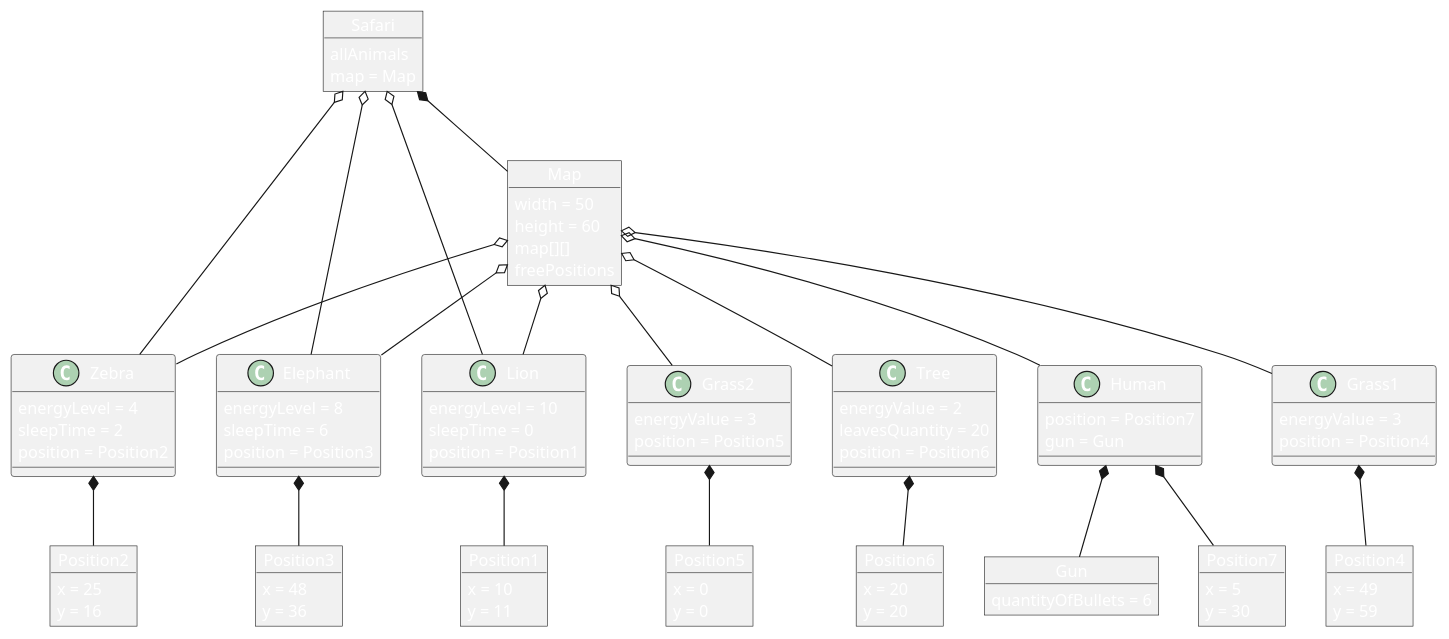
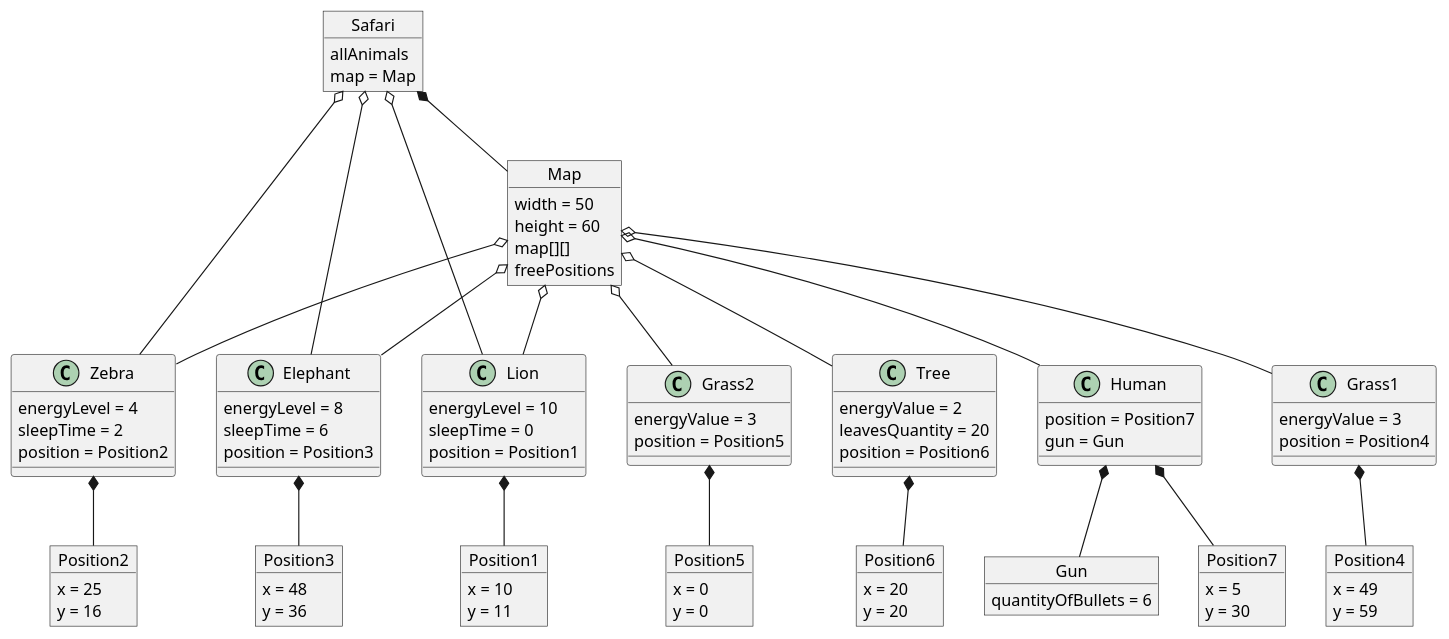
Before and after one commit to Karolina606/Safari: the diagram in doc/diagrams/puml/objectDiagram.puml, drawn with PlantUML. The commit also changed 154 other files, not shown here.

```diff
--- a/doc/diagrams/puml/objectDiagram.puml
+++ b/doc/diagrams/puml/objectDiagram.puml
@@ -1,118 +1,117 @@
 @startuml
-skinparam defaultFontColor white
 
 object Safari{
     allAnimals
     map = Map
 }
 
 object Map{
     width = 50
     height = 60
     map[][]
     freePositions
 }
 
 Safari *-- Map
 Safari o-- Zebra
 Safari o-- Elephant
 Safari o-- Lion
 
 
 Map o-- Zebra
 Map o-- Elephant
 Map o-- Lion
 Map o-- Grass1
 Map o-- Grass2
 Map o-- Tree
 Map o-- Human
 
 
 object Lion{
     energyLevel = 10
     sleepTime = 0
     position = Position1
 }
 object Position1{
     x = 10
     y = 11
 }
 Lion *-- Position1
 
 
 
 object Zebra{
     energyLevel = 4
     sleepTime = 2
     position = Position2
 }
 object Position2{
     x = 25
     y = 16
 }
 Zebra *-- Position2
 
 
 object Elephant{
     energyLevel = 8
     sleepTime = 6
     position = Position3
 }
 object Position3{
     x = 48
     y = 36
 }
 Elephant *-- Position3
 
 
 object Grass1{
     energyValue = 3
     position = Position4
 }
 object Position4{
     x = 49
     y = 59
 }
 Grass1 *-- Position4
 
 
 
 object Grass2{
     energyValue = 3
     position = Position5
 }
 object Position5{
     x = 0
     y = 0
 }
 Grass2 *-- Position5
 
 
 
 object Tree{
     energyValue = 2
     leavesQuantity = 20
     position = Position6
 }
 object Position6{
     x = 20
     y = 20
 }
 Tree *-- Position6
 
 
 object Human{
     position = Position7
     gun = Gun
 }
 object Position7{
     x = 5
     y = 30
 }
 object Gun{
     quantityOfBullets = 6
 }
 Human *-- Position7
 Human *-- Gun
 
 @enduml
```
